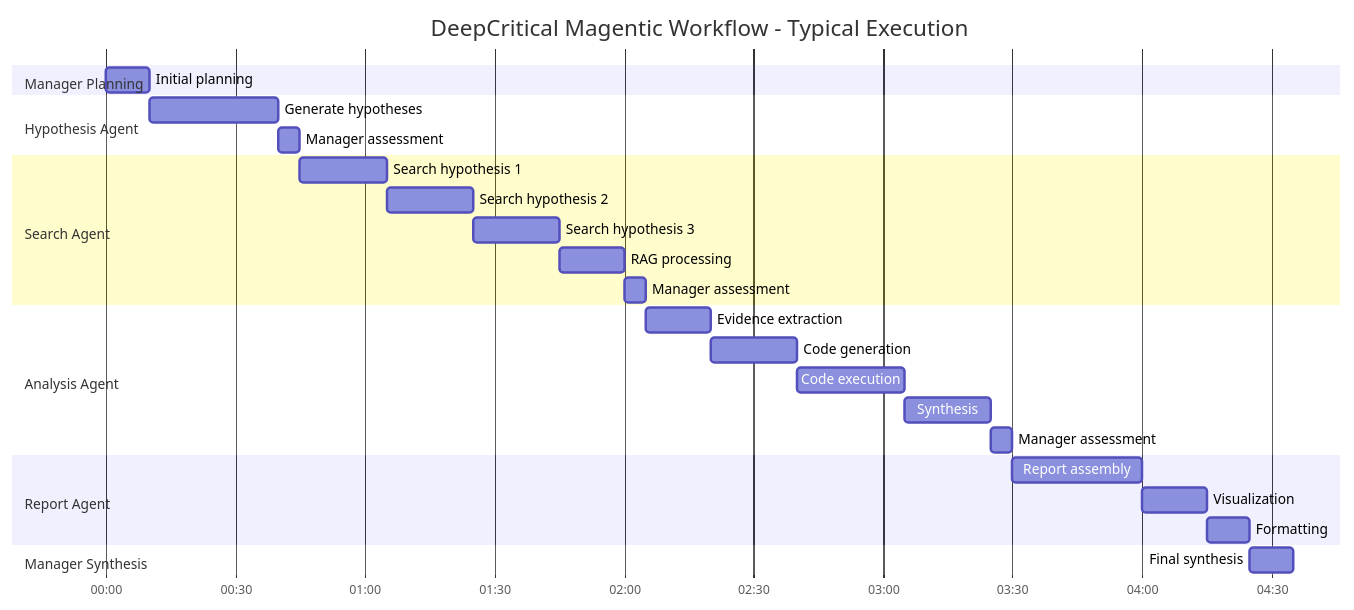
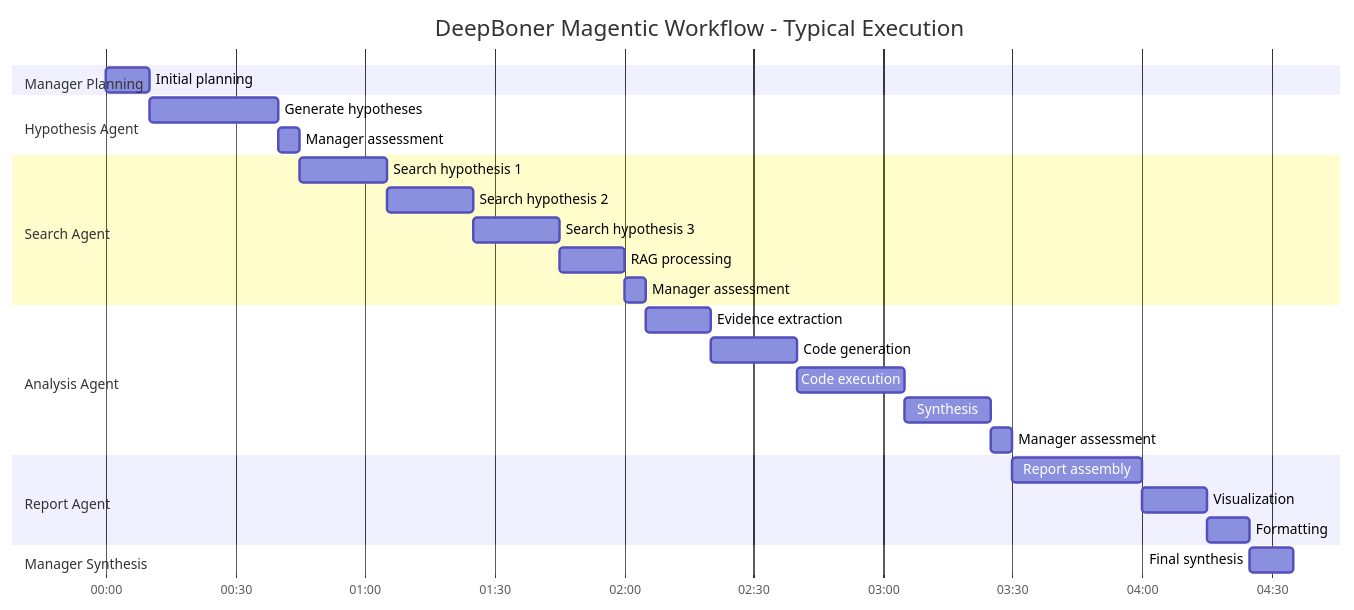
One commit to The-Obstacle-Is-The-Way/DeepCritical-HFSpace changed diagram 15 of 15 in docs/workflow-diagrams.md. Above: the diagram before and after it, drawn with Mermaid. The commit also changed other lines of this file and 53 other files, not shown here.

First line of the commit message:
fix: complete DeepBoner rebrand with test fixes and CodeRabbit feedback

````diff
--- a/docs/workflow-diagrams.md
+++ b/docs/workflow-diagrams.md
@@ -550,35 +550,35 @@
 ```mermaid
 gantt
-    title DeepCritical Magentic Workflow - Typical Execution
+    title DeepBoner Magentic Workflow - Typical Execution
     dateFormat mm:ss
     axisFormat %M:%S
 
     section Manager Planning
     Initial planning         :p1, 00:00, 10s
 
     section Hypothesis Agent
     Generate hypotheses      :h1, after p1, 30s
     Manager assessment       :h2, after h1, 5s
 
     section Search Agent
     Search hypothesis 1      :s1, after h2, 20s
     Search hypothesis 2      :s2, after s1, 20s
     Search hypothesis 3      :s3, after s2, 20s
     RAG processing          :s4, after s3, 15s
     Manager assessment      :s5, after s4, 5s
 
     section Analysis Agent
     Evidence extraction     :a1, after s5, 15s
     Code generation        :a2, after a1, 20s
     Code execution         :a3, after a2, 25s
     Synthesis              :a4, after a3, 20s
     Manager assessment     :a5, after a4, 5s
 
     section Report Agent
     Report assembly        :r1, after a5, 30s
     Visualization          :r2, after r1, 15s
     Formatting             :r3, after r2, 10s
 
     section Manager Synthesis
     Final synthesis        :f1, after r3, 10s
 ```
````
